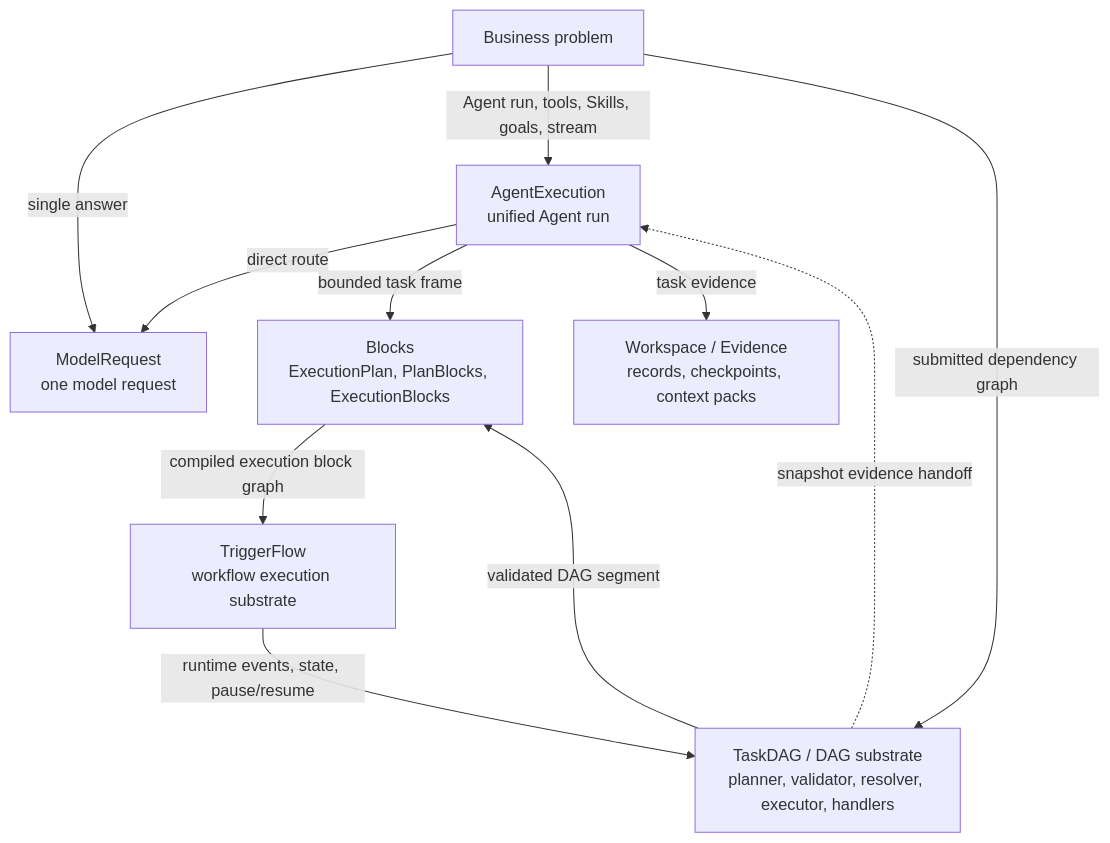
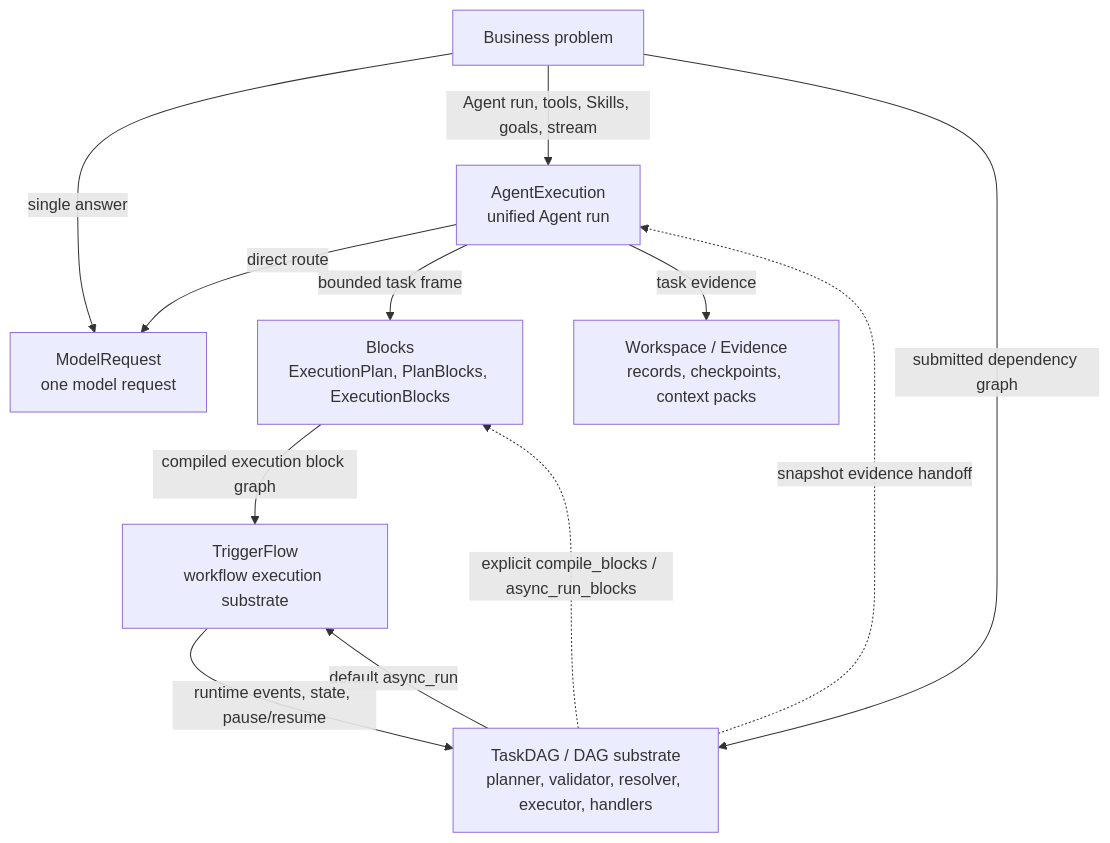
The first of 2 diagrams in docs/en/reference/execution-layer-selection.md (reconsumeralization/Agently), drawn with Mermaid before and after one commit. The commit also changed other lines of this file and 26 other files, not shown here.

Commit message:
Align TaskDAG and TriggerFlow guidance

````diff
--- a/docs/en/reference/execution-layer-selection.md
+++ b/docs/en/reference/execution-layer-selection.md
@@ -18,21 +18,22 @@
 ```mermaid
 flowchart TD
     business["Business problem"]
     model_request["ModelRequest\none model request"]
     agent_execution["AgentExecution\nunified Agent run"]
     task_dag["TaskDAG / DAG substrate\nplanner, validator, resolver, executor, handlers"]
     blocks["Blocks\nExecutionPlan, PlanBlocks, ExecutionBlocks"]
     triggerflow["TriggerFlow\nworkflow execution substrate"]
     workspace["Workspace / Evidence\nrecords, checkpoints, context packs"]
 
     business -->|"single answer"| model_request
     business -->|"Agent run, tools, Skills, goals, stream"| agent_execution
     business -->|"submitted dependency graph"| task_dag
     agent_execution -->|"direct route"| model_request
     agent_execution -->|"bounded task frame"| blocks
-    task_dag -->|"validated DAG segment"| blocks
+    task_dag -->|"default async_run"| triggerflow
+    task_dag -.->|"explicit compile_blocks / async_run_blocks"| blocks
     blocks -->|"compiled execution block graph"| triggerflow
     agent_execution -->|"task evidence"| workspace
     task_dag -.->|"snapshot evidence handoff"| agent_execution
     triggerflow -->|"runtime events, state, pause/resume"| task_dag
 ```
````
